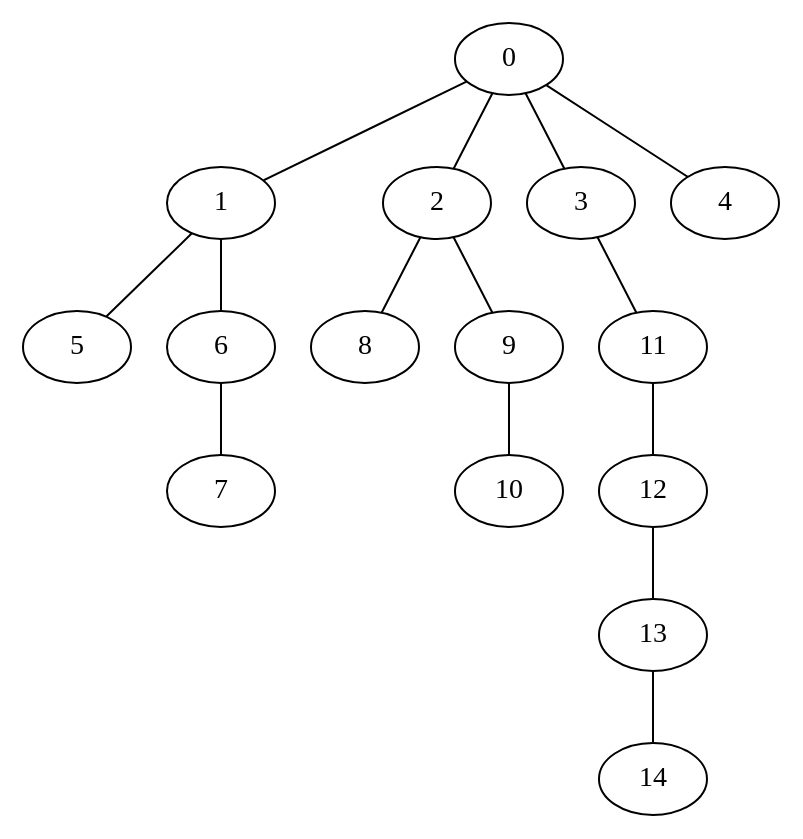
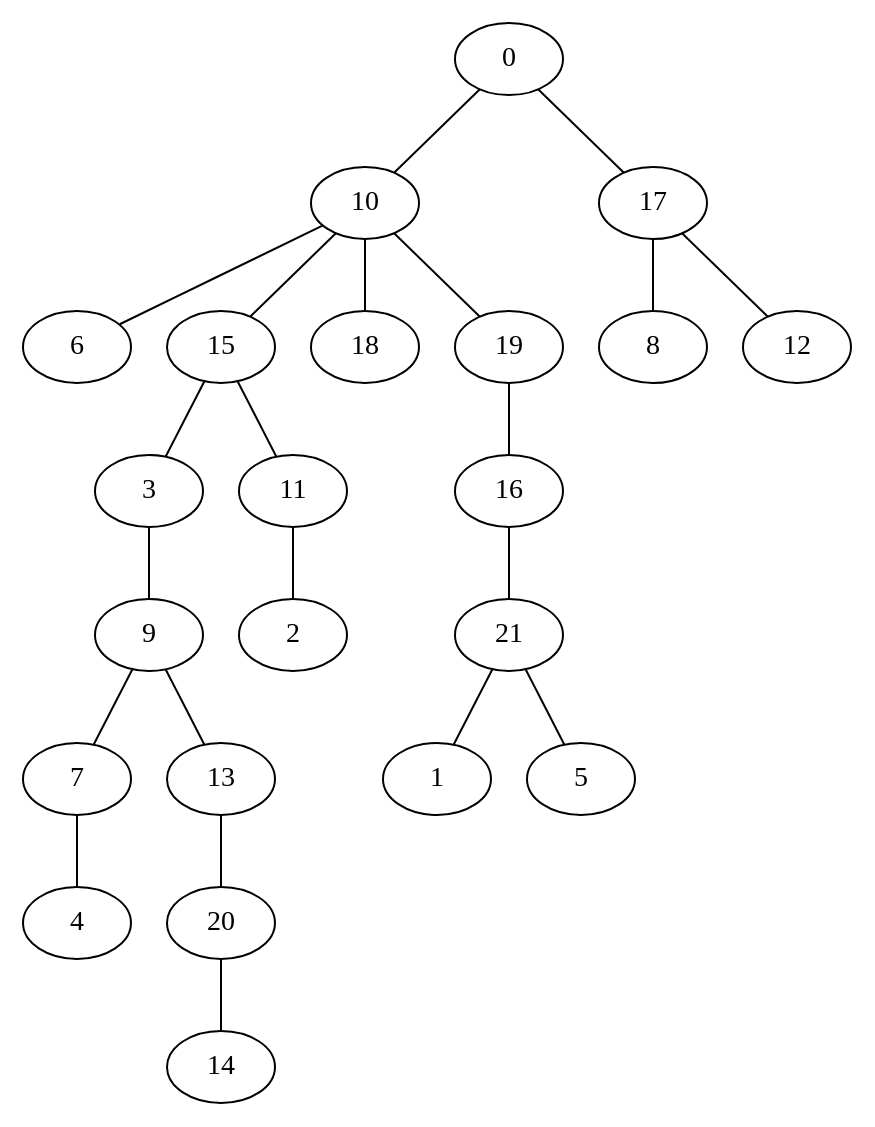
The diagram in pygrapghviz.dot (VillegasGG/greedy-firefighter-problem), drawn with Graphviz before and after one commit. The commit also changed 3 other files, not shown here.

```diff
--- a/pygrapghviz.dot
+++ b/pygrapghviz.dot
@@ -1,16 +1,23 @@
 strict graph "" {
-	0 -- 1;
-	0 -- 2;
-	0 -- 3;
-	0 -- 4;
-	1 -- 5;
-	1 -- 6;
-	2 -- 8;
-	2 -- 9;
-	3 -- 11;
-	11 -- 12;
-	12 -- 13;
-	13 -- 14;
-	9 -- 10;
-	6 -- 7;
+	0 -- 10;
+	0 -- 17;
+	10 -- 6;
+	10 -- 15;
+	10 -- 18;
+	10 -- 19;
+	17 -- 8;
+	17 -- 12;
+	15 -- 3;
+	15 -- 11;
+	19 -- 16;
+	16 -- 21;
+	21 -- 1;
+	21 -- 5;
+	3 -- 9;
+	11 -- 2;
+	9 -- 7;
+	9 -- 13;
+	7 -- 4;
+	13 -- 20;
+	20 -- 14;
 }
```
